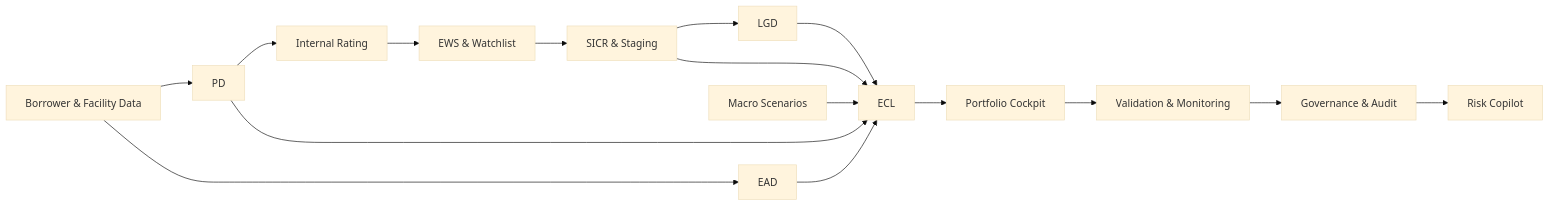
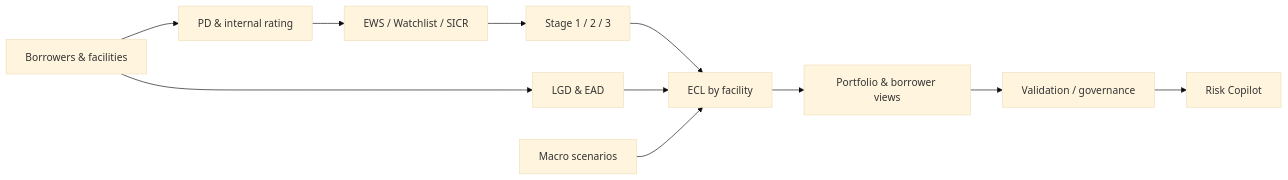
The diagram in README.md (adel3amr/Credit-Risk-Analytics), drawn with Mermaid (base theme) before and after one commit. The commit also changed other lines of this file and 10 other files, not shown here.

````diff
--- a/README.md
+++ b/README.md
@@ -39,18 +49,13 @@
 ```mermaid
 flowchart LR
-    A[Borrower & Facility Data] --> B[PD]
-    B --> C[Internal Rating]
-    C --> D[EWS & Watchlist]
-    D --> E[SICR & Staging]
-    E --> F[LGD]
-    A --> G[EAD]
-    F --> H[ECL]
-    G --> H
-    B --> H
-    E --> H
-    I[Macro Scenarios] --> H
-    H --> J[Portfolio Cockpit]
-    J --> K[Validation & Monitoring]
-    K --> L[Governance & Audit]
-    L --> M[Risk Copilot]
+    A[Borrowers & facilities] --> B[PD & internal rating]
+    B --> C[EWS / Watchlist / SICR]
+    C --> D[Stage 1 / 2 / 3]
+    A --> E[LGD & EAD]
+    D --> F[ECL by facility]
+    E --> F
+    G[Macro scenarios] --> F
+    F --> H[Portfolio & borrower views]
+    H --> I[Validation / governance]
+    I --> J[Risk Copilot]
 ```
````
